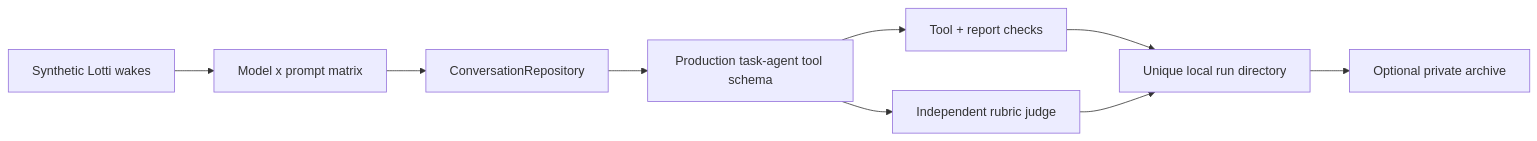
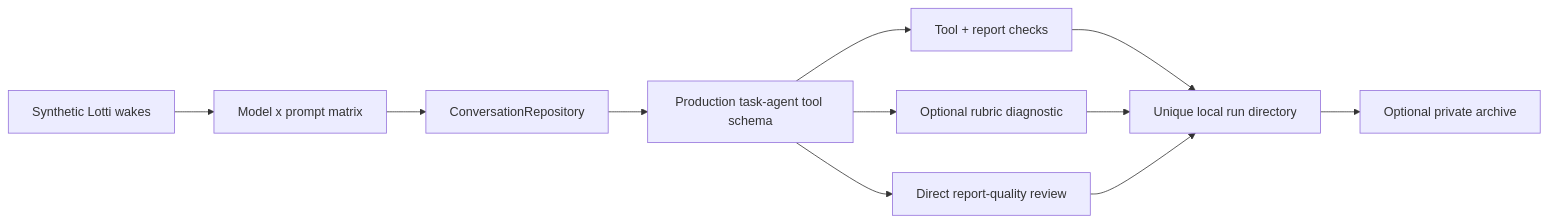
The fifth of 12 diagrams in lib/features/ai/README.md (matthiasn/lotti), drawn with Mermaid before and after one commit. The commit also changed other lines of this file and 52 other files, not shown here.

````diff
--- a/lib/features/ai/README.md
+++ b/lib/features/ai/README.md
@@ -426,11 +475,13 @@
 ```mermaid
 flowchart LR
   Fixtures["Synthetic Lotti wakes"] --> Matrix["Model x prompt matrix"]
   Matrix --> Conversation["ConversationRepository"]
   Conversation --> Tools["Production task-agent tool schema"]
   Tools --> Deterministic["Tool + report checks"]
-  Tools --> Judge["Independent rubric judge"]
+  Tools --> Judge["Optional rubric diagnostic"]
+  Tools --> Review["Direct report-quality review"]
   Deterministic --> Artifacts["Unique local run directory"]
   Judge --> Artifacts
+  Review --> Artifacts
   Artifacts --> Archive["Optional private archive"]
 ```
````
